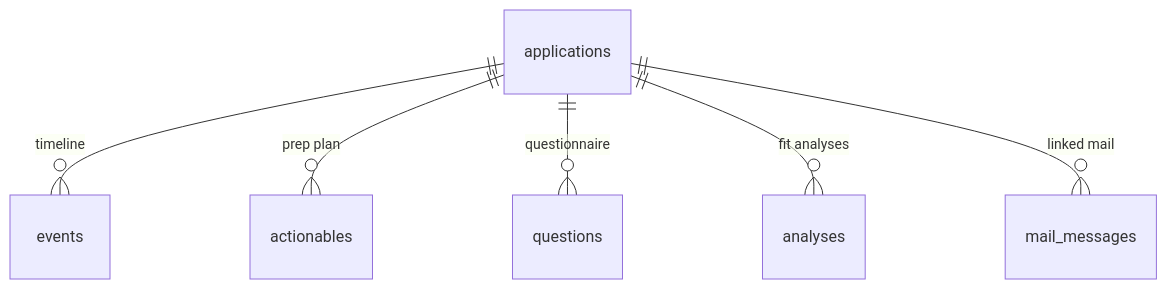
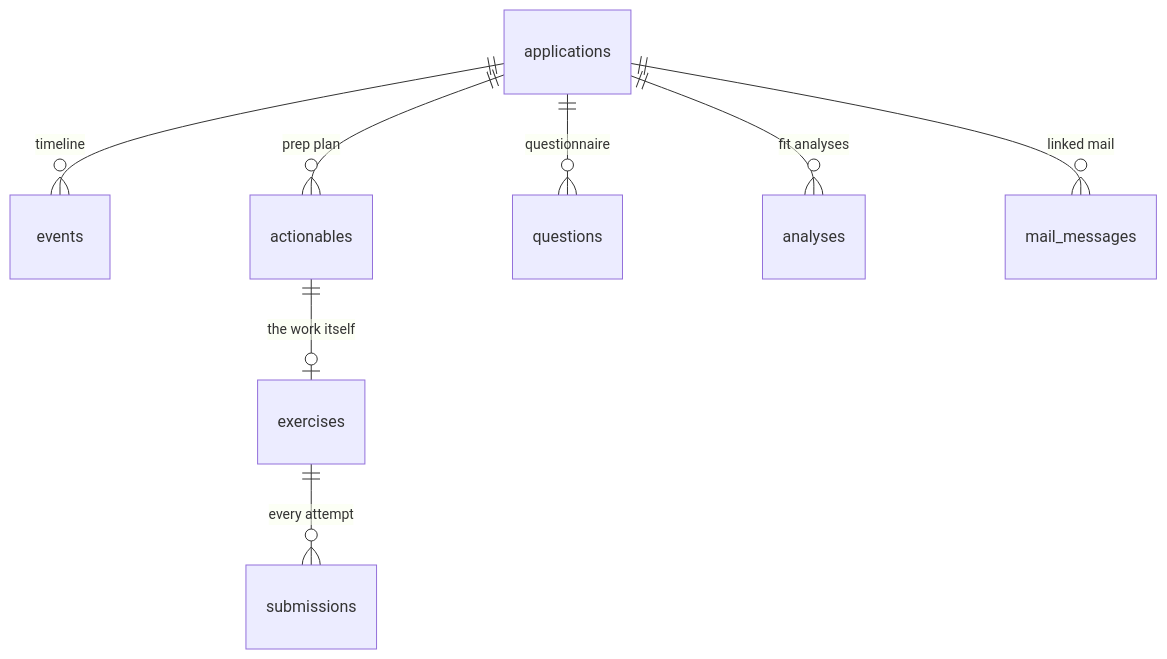
One commit to Unchained-Labs/alfred changed the first of 3 diagrams in docs/reference/architecture.md. Above: the diagram before and after it, drawn with Mermaid. The commit also changed other lines of this file and 37 other files, not shown here.

````diff
--- a/docs/reference/architecture.md
+++ b/docs/reference/architecture.md
@@ -27,8 +27,10 @@
 ```mermaid
 erDiagram
     applications ||--o{ events : "timeline"
     applications ||--o{ actionables : "prep plan"
     applications ||--o{ questions : "questionnaire"
     applications ||--o{ analyses : "fit analyses"
     applications ||--o{ mail_messages : "linked mail"
+    actionables ||--o| exercises : "the work itself"
+    exercises ||--o{ submissions : "every attempt"
 ```
````
